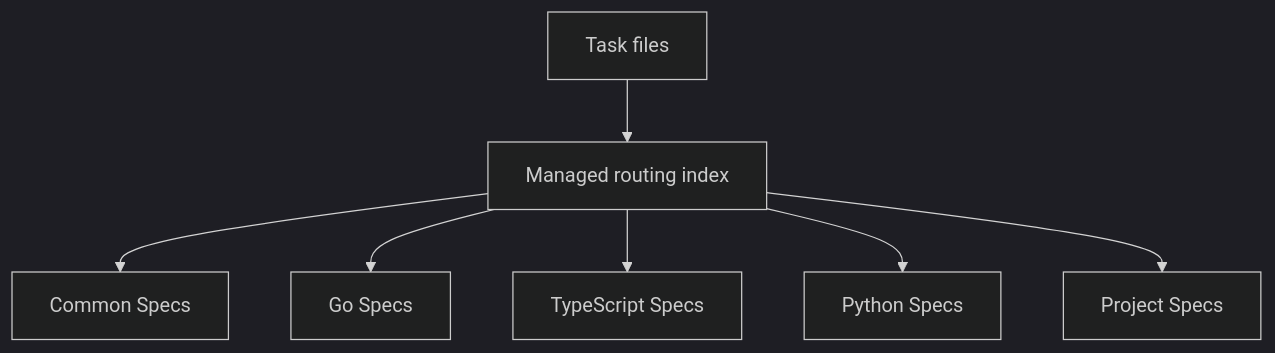
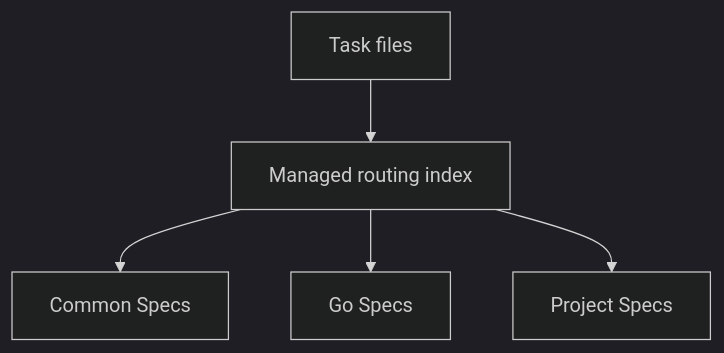
The second of 2 diagrams in docs/design-docs/engineering-spec-management.md (XiaoWeiKIN/RepoFoundryAI), drawn with Mermaid (dark theme) before and after one commit. The commit also changed other lines of this file and 19 other files, not shown here.

````diff
--- a/docs/design-docs/engineering-spec-management.md
+++ b/docs/design-docs/engineering-spec-management.md
@@ -282,9 +301,7 @@
 ```mermaid
 flowchart TB
     A["Task files"] --> I["Managed routing index"]
     I --> C["Common Specs"]
     I --> G["Go Specs"]
-    I --> T["TypeScript Specs"]
-    I --> P["Python Specs"]
     I --> X["Project Specs"]
 ```
````
